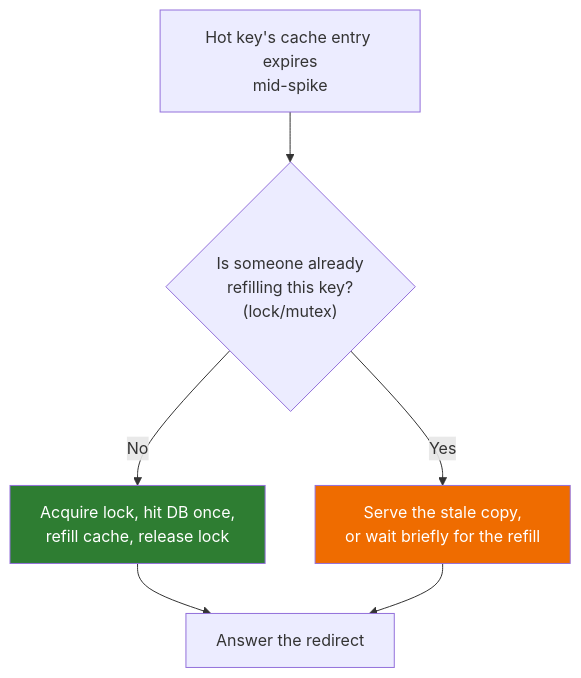
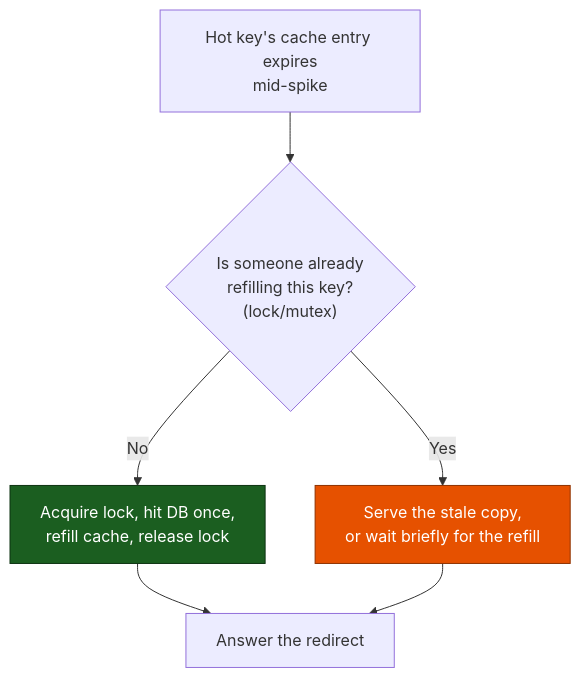
Before and after one commit to riyaz-pasha/Learnings: the eighth of 13 diagrams in system-design/HLD/0-course/34-Design a URL Shortening Service - TinyURL-FAANG-Guide-story.md, drawn with Mermaid. The commit also changed other lines of this file and 5 other files, not shown here.

Commit message:
[REWRITE] Design Newsfeed story guide: simplify prose, add structure, fix diagrams

````diff
--- a/system-design/HLD/0-course/34-Design a URL Shortening Service - TinyURL-FAANG-Guide-story.md
+++ b/system-design/HLD/0-course/34-Design a URL Shortening Service - TinyURL-FAANG-Guide-story.md
@@ -191,10 +375,10 @@
 ```mermaid
 flowchart TD
-    A["Hot key's cache entry expires\nmid-spike"] --> B{"Is someone already\nrefilling this key?\n(lock/mutex)"}
-    B -->|"No"| C["Acquire lock, hit DB once,\nrefill cache, release lock"]
-    B -->|"Yes"| D["Serve the stale copy,\nor wait briefly for the refill"]
+    A["Hot key's cache entry expires<br/>mid-spike"] --> B{"Is someone already<br/>refilling this key?<br/>(lock/mutex)"}
+    B -->|"No"| C["Acquire lock, hit DB once,<br/>refill cache, release lock"]
+    B -->|"Yes"| D["Serve the stale copy,<br/>or wait briefly for the refill"]
     C --> E["Answer the redirect"]
     D --> E
-    style C fill:#2e7d32,color:#fff
-    style D fill:#ef6c00,color:#fff
+    style C fill:#1b5e20,color:#ffffff,stroke:#0d3311
+    style D fill:#e65100,color:#ffffff,stroke:#8f3200
 ```
````
